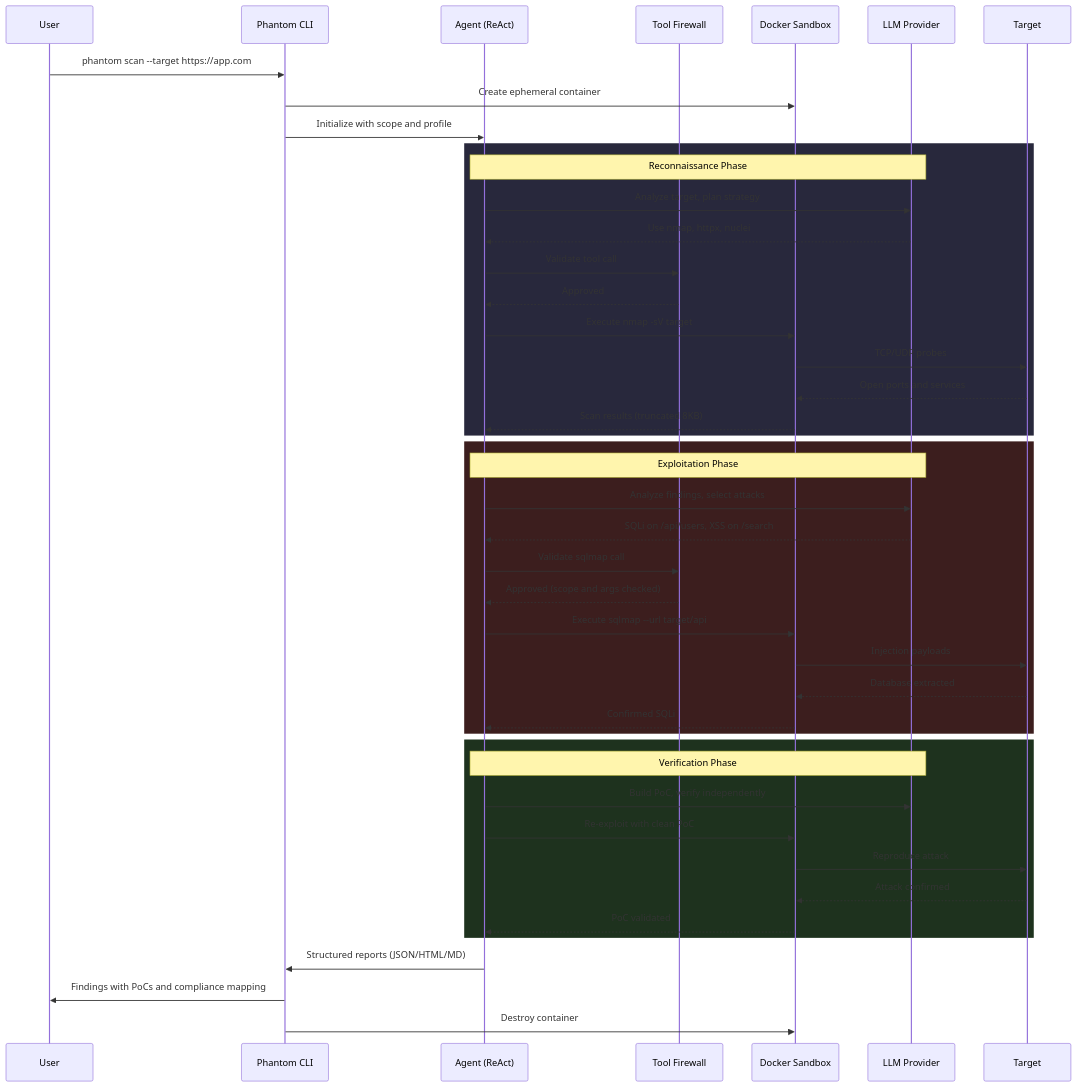
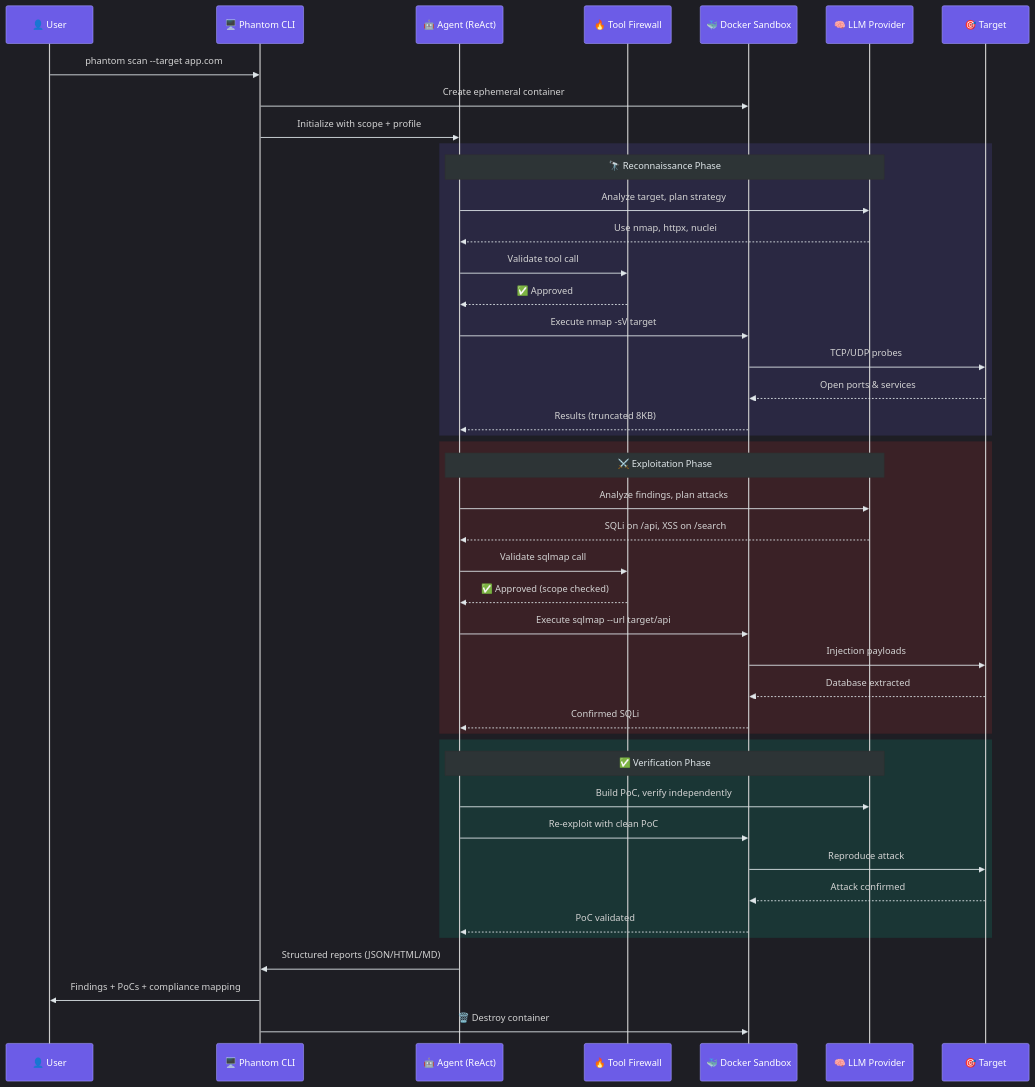
Before and after one commit to Usta0x001/Phantom: the second of 7 diagrams in README.md, drawn with Mermaid. The commit also changed other lines of this file and 2 other files, not shown here.

Commit message:
redesign README with emojis, collapsible diagrams; comprehensive LaTeX report (39 pages, 15 chapters, TikZ diagrams)

````diff
--- a/README.md
+++ b/README.md
@@ -159,51 +193,52 @@
 ```mermaid
+%%{init: {'theme': 'dark', 'themeVariables': {'actorBkg': '#6c5ce7', 'actorTextColor': '#fff', 'actorBorder': '#a29bfe', 'activationBorderColor': '#a29bfe', 'signalColor': '#dfe6e9', 'labelBoxBkgColor': '#2d3436', 'labelTextColor': '#dfe6e9', 'noteBkgColor': '#2d3436', 'noteTextColor': '#dfe6e9'}}}%%
 sequenceDiagram
-    participant User
-    participant CLI as Phantom CLI
-    participant Agent as Agent (ReAct)
-    participant Firewall as Tool Firewall
-    participant Sandbox as Docker Sandbox
-    participant LLM as LLM Provider
-    participant Target
+    participant User as 👤 User
+    participant CLI as 🖥️ Phantom CLI
+    participant Agent as 🤖 Agent (ReAct)
+    participant Firewall as 🔥 Tool Firewall
+    participant Sandbox as 🐳 Docker Sandbox
+    participant LLM as 🧠 LLM Provider
+    participant Target as 🎯 Target
 
-    User->>CLI: phantom scan --target https://app.com
+    User->>CLI: phantom scan --target app.com
     CLI->>Sandbox: Create ephemeral container
-    CLI->>Agent: Initialize with scope and profile
+    CLI->>Agent: Initialize with scope + profile
 
-    rect rgb(40, 40, 60)
-        Note over Agent,LLM: Reconnaissance Phase
+    rect rgba(108, 92, 231, 0.15)
+        Note over Agent,LLM: 🔭 Reconnaissance Phase
         Agent->>LLM: Analyze target, plan strategy
         LLM-->>Agent: Use nmap, httpx, nuclei
         Agent->>Firewall: Validate tool call
-        Firewall-->>Agent: Approved
+        Firewall-->>Agent: ✅ Approved
         Agent->>Sandbox: Execute nmap -sV target
         Sandbox->>Target: TCP/UDP probes
-        Target-->>Sandbox: Open ports and services
-        Sandbox-->>Agent: Scan results (truncated 8KB)
+        Target-->>Sandbox: Open ports & services
+        Sandbox-->>Agent: Results (truncated 8KB)
     end
 
-    rect rgb(60, 30, 30)
-        Note over Agent,LLM: Exploitation Phase
-        Agent->>LLM: Analyze findings, select attacks
-        LLM-->>Agent: SQLi on /api/users, XSS on /search
+    rect rgba(214, 48, 49, 0.15)
+        Note over Agent,LLM: ⚔️ Exploitation Phase
+        Agent->>LLM: Analyze findings, plan attacks
+        LLM-->>Agent: SQLi on /api, XSS on /search
         Agent->>Firewall: Validate sqlmap call
-        Firewall-->>Agent: Approved (scope and args checked)
+        Firewall-->>Agent: ✅ Approved (scope checked)
         Agent->>Sandbox: Execute sqlmap --url target/api
         Sandbox->>Target: Injection payloads
         Target-->>Sandbox: Database extracted
         Sandbox-->>Agent: Confirmed SQLi
     end
 
-    rect rgb(30, 50, 30)
-        Note over Agent,LLM: Verification Phase
+    rect rgba(0, 184, 148, 0.15)
+        Note over Agent,LLM: ✅ Verification Phase
         Agent->>LLM: Build PoC, verify independently
         Agent->>Sandbox: Re-exploit with clean PoC
         Sandbox->>Target: Reproduce attack
         Target-->>Sandbox: Attack confirmed
         Sandbox-->>Agent: PoC validated
     end
 
     Agent->>CLI: Structured reports (JSON/HTML/MD)
-    CLI->>User: Findings with PoCs and compliance mapping
-    CLI->>Sandbox: Destroy container
+    CLI->>User: Findings + PoCs + compliance mapping
+    CLI->>Sandbox: 🗑️ Destroy container
 ```
````
